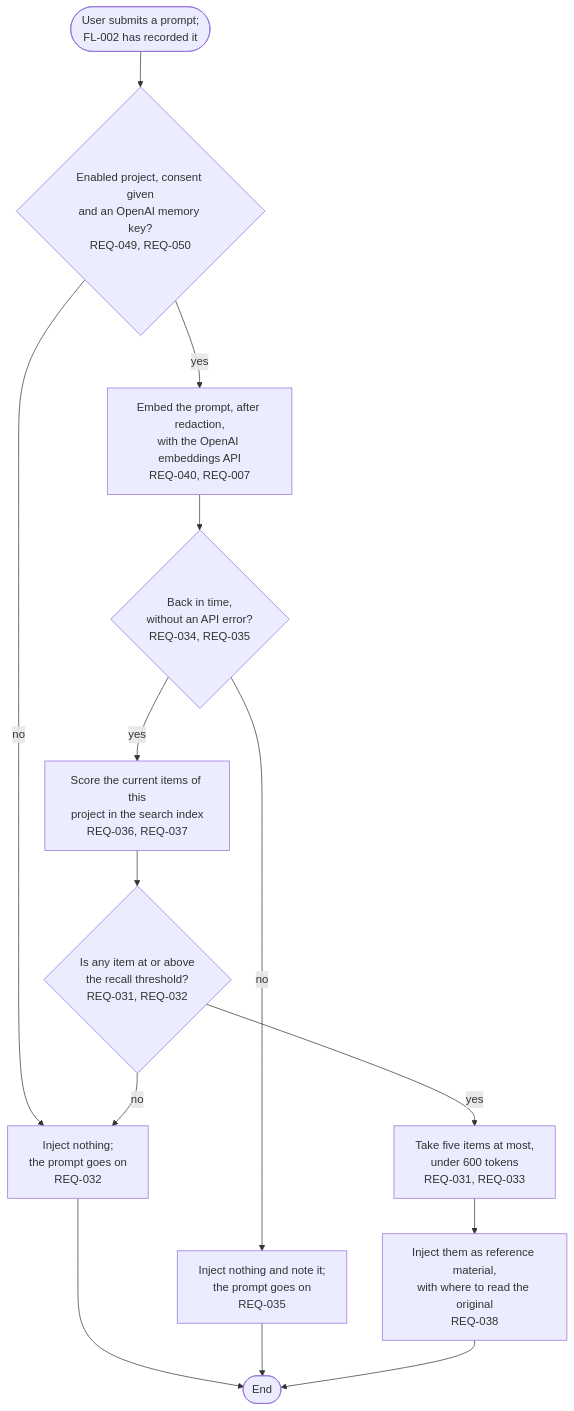
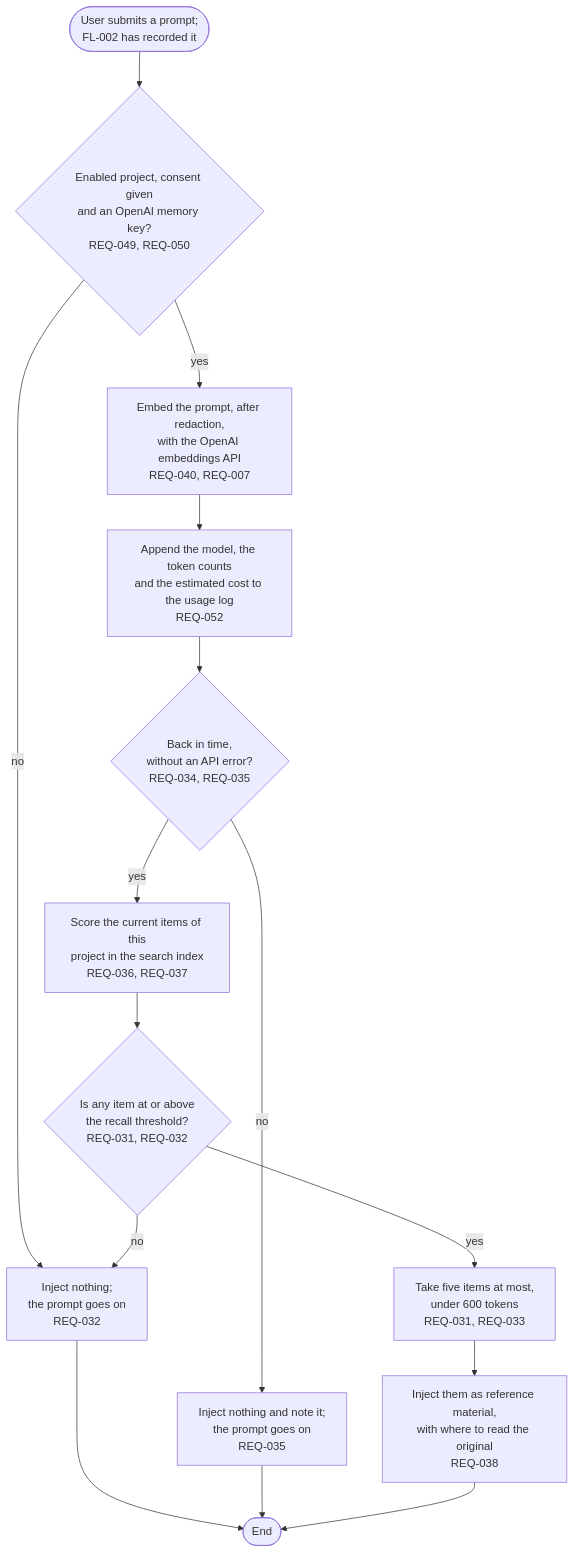
The diagram in docs/03-user-flow/memory/FL-004-recall-for-a-prompt.md (kodonghui/corthex), drawn with Mermaid before and after one commit. The commit also changed other lines of this file and 11 other files, not shown here.

First line of the commit message:
docs: log embedding calls and keep checked quotes in the memory flows

````diff
--- a/docs/03-user-flow/memory/FL-004-recall-for-a-prompt.md
+++ b/docs/03-user-flow/memory/FL-004-recall-for-a-prompt.md
@@ -9,16 +9,17 @@
 ```mermaid
 flowchart TD
   A(["User submits a prompt;<br/>FL-002 has recorded it"]) --> B{"Enabled project, consent given<br/>and an OpenAI memory key?<br/>REQ-049, REQ-050"}
   B -->|no| N["Inject nothing;<br/>the prompt goes on<br/>REQ-032"]
   N --> Z(["End"])
   B -->|yes| C["Embed the prompt, after redaction,<br/>with the OpenAI embeddings API<br/>REQ-040, REQ-007"]
-  C --> D{"Back in time,<br/>without an API error?<br/>REQ-034, REQ-035"}
+  C --> U["Append the model, the token counts<br/>and the estimated cost to the usage log<br/>REQ-052"]
+  U --> D{"Back in time,<br/>without an API error?<br/>REQ-034, REQ-035"}
   D -->|no| T["Inject nothing and note it;<br/>the prompt goes on<br/>REQ-035"]
   T --> Z
   D -->|yes| E["Score the current items of this<br/>project in the search index<br/>REQ-036, REQ-037"]
   E --> F{"Is any item at or above<br/>the recall threshold?<br/>REQ-031, REQ-032"}
   F -->|no| N
   F -->|yes| G["Take five items at most,<br/>under 600 tokens<br/>REQ-031, REQ-033"]
   G --> H["Inject them as reference material,<br/>with where to read the original<br/>REQ-038"]
   H --> Z
 ```
````
